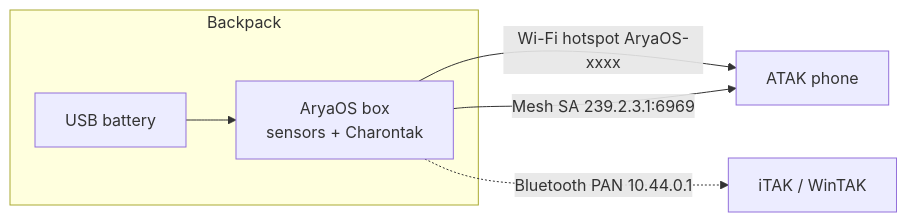
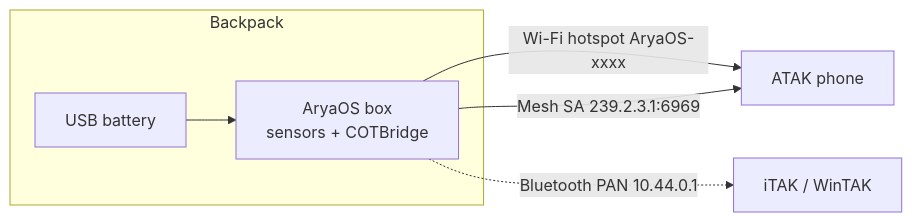
Before and after one commit to snstac/aryaos: the diagram in docs/deploy/offline-backpack.md, drawn with Mermaid. The commit also changed other lines of this file and 180 other files, not shown here.

First line of the commit message:
Cut AryaOS over to COTBridge and normalized health (#255)

````diff
--- a/docs/deploy/offline-backpack.md
+++ b/docs/deploy/offline-backpack.md
@@ -14,9 +14,9 @@
 ```mermaid
 flowchart LR
     subgraph Backpack
-      BAT[USB battery] --> BOX[AryaOS box<br/>sensors + Charontak]
+      BAT[USB battery] --> BOX[AryaOS box<br/>sensors + COTBridge]
     end
     BOX -->|Wi-Fi hotspot AryaOS-xxxx| PHONE[ATAK phone]
     BOX -.->|Bluetooth PAN 10.44.0.1| PHONE2[iTAK / WinTAK]
     BOX -->|Mesh SA 239.2.3.1:6969| PHONE
 ```
````
